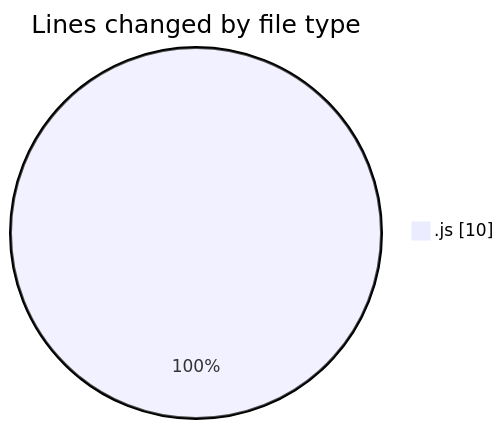
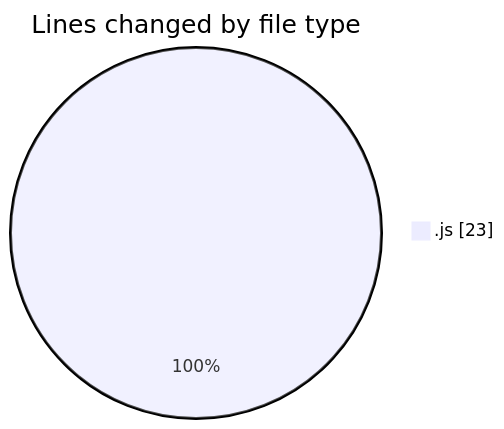
Before and after one commit to donsfak/code-tracking: the first of 2 diagrams in 2025-09-28/portofolio/README.md, drawn with Mermaid. The commit also changed other lines of this file and 1 other file, not shown here.

````diff
--- a/2025-09-28/portofolio/README.md
+++ b/2025-09-28/portofolio/README.md
@@ -20,5 +21,5 @@
 ```mermaid
 pie showData
 title Lines changed by file type
-".js" : 10
+".js" : 23
 ```
````
